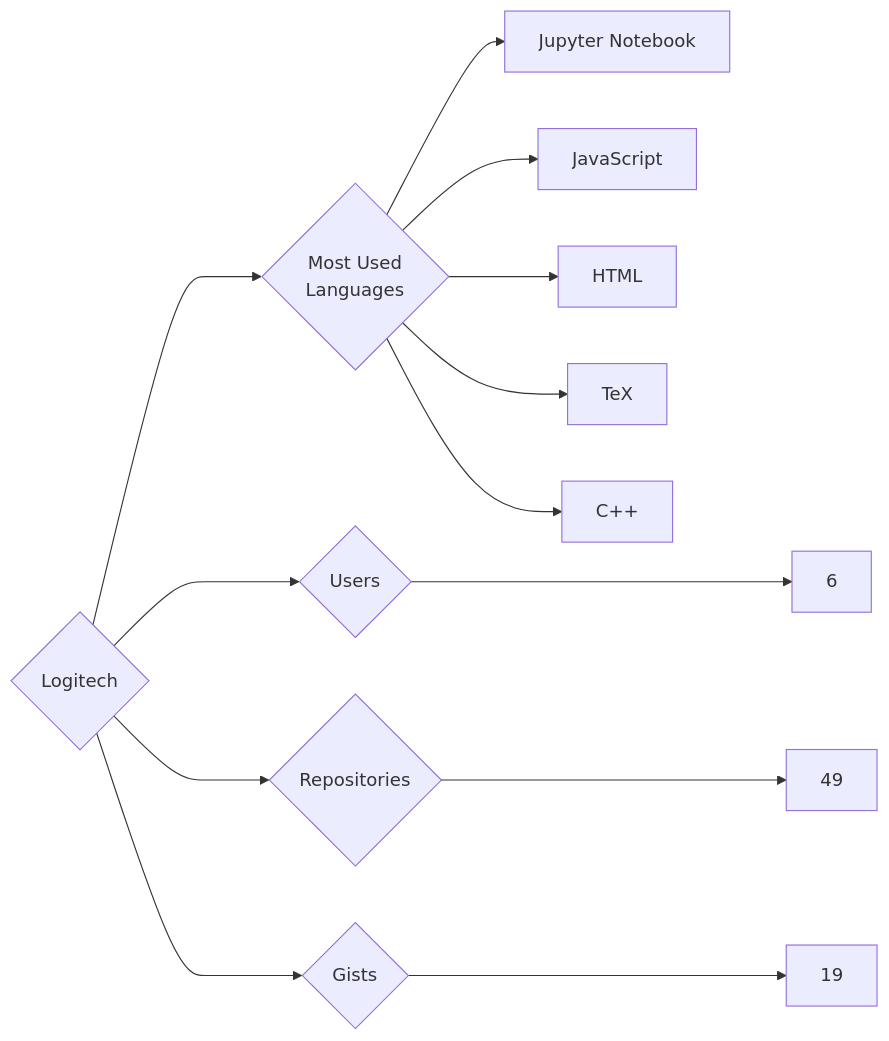
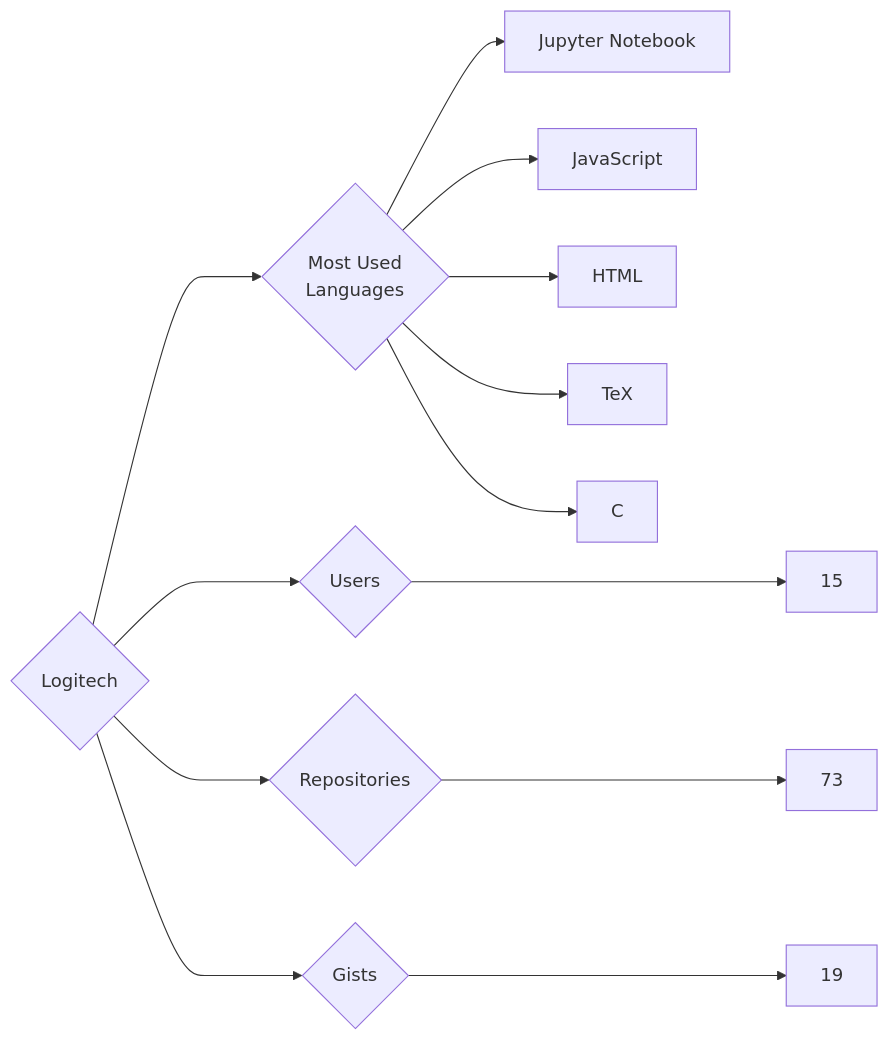
The diagram in targets/Logitech/README.md (trickest/insiders), drawn with Mermaid before and after one commit. The commit also changed 895 other files, not shown here.

````diff
--- a/targets/Logitech/README.md
+++ b/targets/Logitech/README.md
@@ -3,13 +3,13 @@
 ```mermaid
 graph LR
 COMPANY_NAME{Logitech}
-COMPANY_NAME ---> U{Users} ---> UN[6]
-COMPANY_NAME ---> R{Repositories} ---> RN[49]
+COMPANY_NAME ---> U{Users} ---> UN[15]
+COMPANY_NAME ---> R{Repositories} ---> RN[73]
 COMPANY_NAME ---> G{Gists} ---> GN[19]
 COMPANY_NAME ---> ML{Most Used<br>Languages}
 ML --> Jupyter_Notebook[Jupyter Notebook]
 ML --> JavaScript[JavaScript]
 ML --> HTML[HTML]
 ML --> TeX[TeX]
-ML --> C++[C++]
+ML --> C[C]
 ```
````
